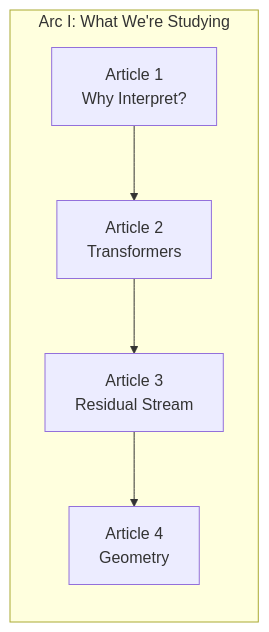
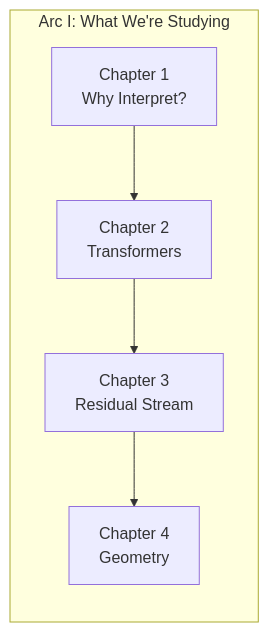
The diagram in articles/arc1-summary.qmd (ttsugriy/mechinterp-first-principles), drawn with Mermaid before and after one commit. The commit also changed other lines of this file and 19 other files, not shown here.

First line of the commit message:
Rename 'Article' to 'Chapter' throughout the book

````diff
--- a/articles/arc1-summary.qmd
+++ b/articles/arc1-summary.qmd
@@ -15,9 +15,9 @@
 ```{mermaid}
 %%| fig-width: 9
 flowchart LR
     subgraph ARC1["Arc I: What We're Studying"]
-        A1["Article 1<br/>Why Interpret?"] --> A2["Article 2<br/>Transformers"]
-        A2 --> A3["Article 3<br/>Residual Stream"]
-        A3 --> A4["Article 4<br/>Geometry"]
+        A1["Chapter 1<br/>Why Interpret?"] --> A2["Chapter 2<br/>Transformers"]
+        A2 --> A3["Chapter 3<br/>Residual Stream"]
+        A3 --> A4["Chapter 4<br/>Geometry"]
     end
 ```
````
